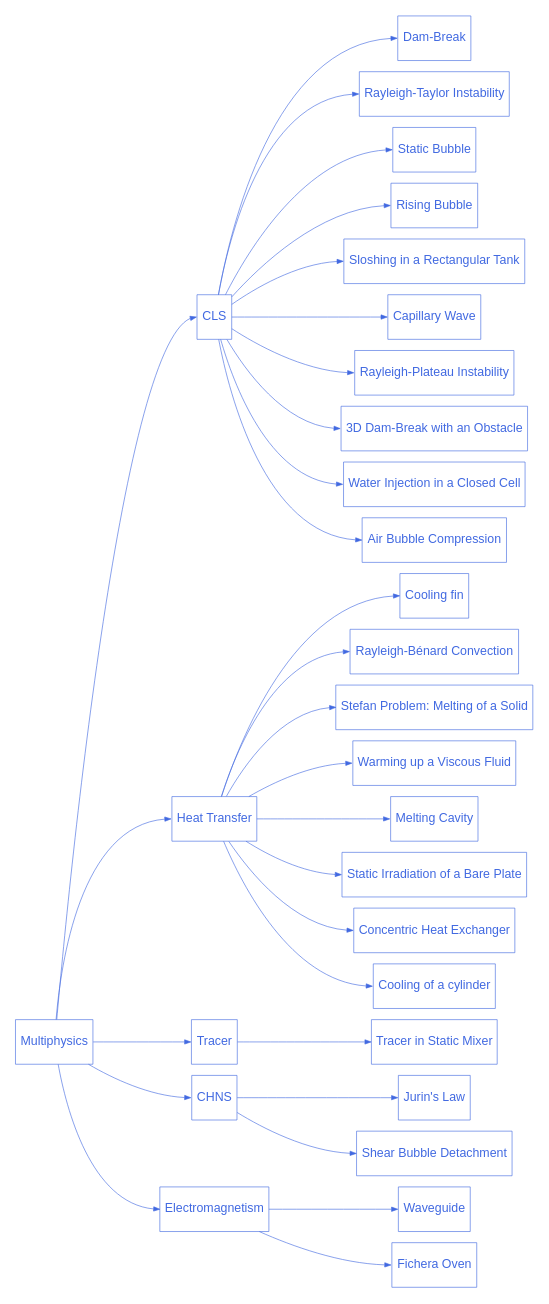
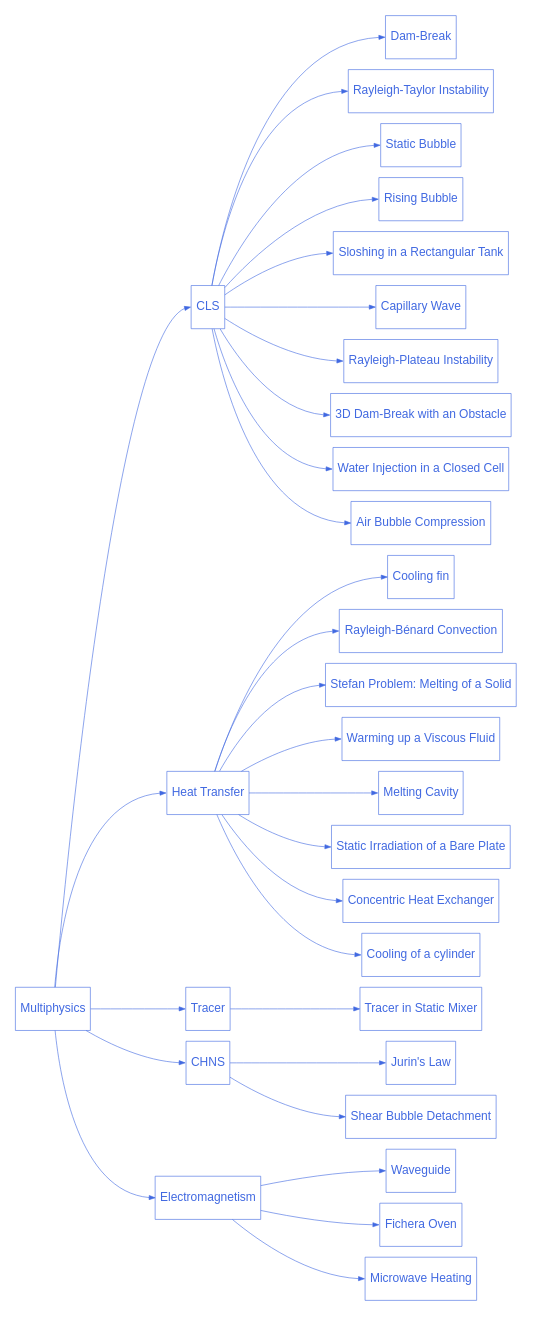
Before and after one commit to chaos-polymtl/lethe: the diagram in doc/source/examples/multiphysics/multiphysics.rst, drawn with Graphviz. The commit also changed 7 other files, not shown here.

```diff
--- a/doc/source/examples/multiphysics/multiphysics.rst
+++ b/doc/source/examples/multiphysics/multiphysics.rst
@@ -77,7 +77,10 @@
       multiphysics_5 [label="Electromagnetism", href="https://chaos-polymtl.github.io/lethe/documentation/examples/multiphysics/electromagnetism.html"];
 
       multiphysics_5_1 [label="Waveguide", href="https://chaos-polymtl.github.io/lethe/documentation/examples/multiphysics/waveguide/waveguide.html"];
+      
       multiphysics_5_2 [label="Fichera Oven", href="https://chaos-polymtl.github.io/lethe/documentation/examples/multiphysics/fichera-oven/fichera-oven.html"];
+
+      multiphysics_5_3 [label="Microwave Heating", href="https://chaos-polymtl.github.io/lethe/documentation/examples/multiphysics/microwave-heating/microwave-heating.html"];
 
 
       multiphysics -> multiphysics_1:w;
@@ -113,4 +116,5 @@
 
       multiphysics_5 -> multiphysics_5_1:w;
       multiphysics_5 -> multiphysics_5_2:w;
+      multiphysics_5 -> multiphysics_5_3:w;
     }
```
